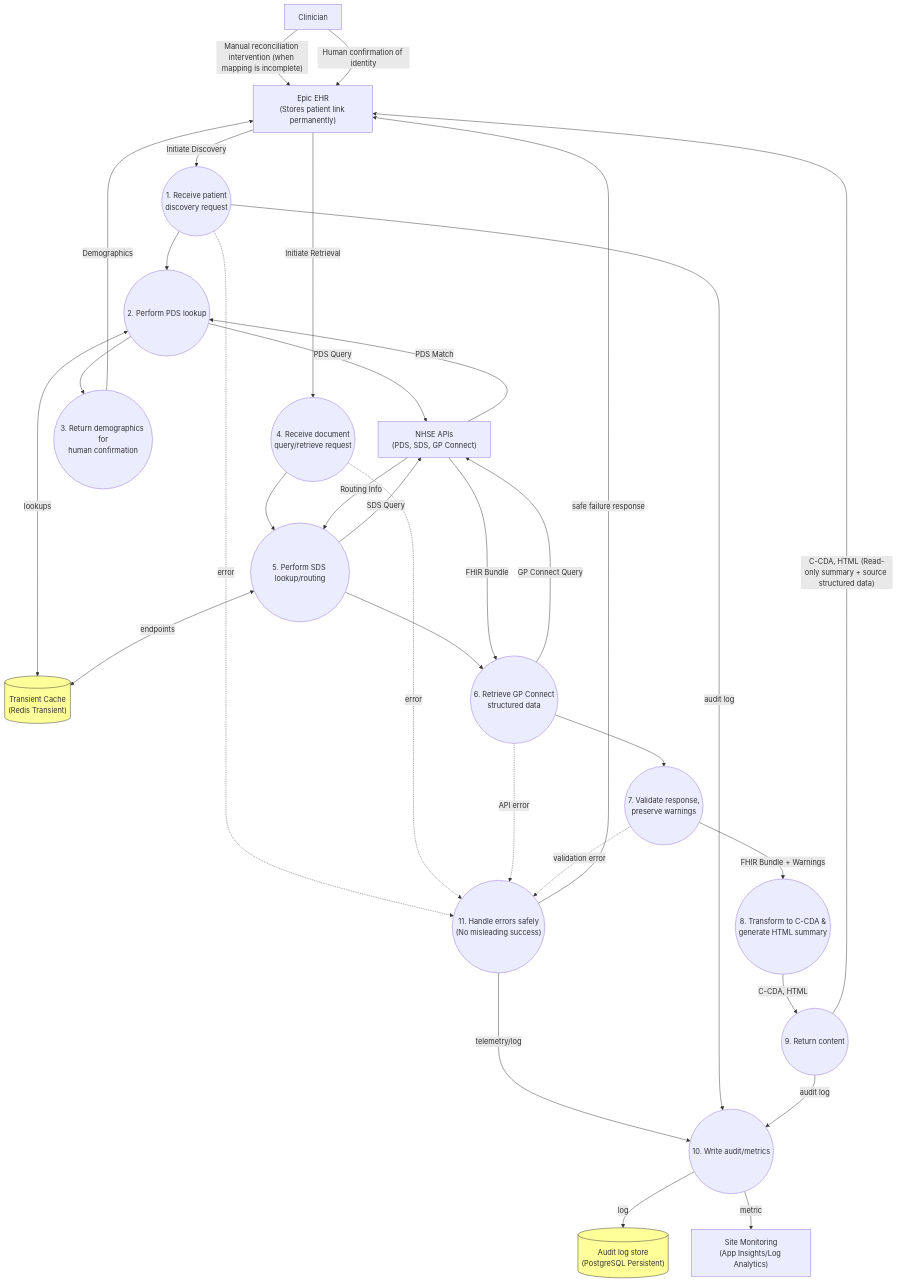
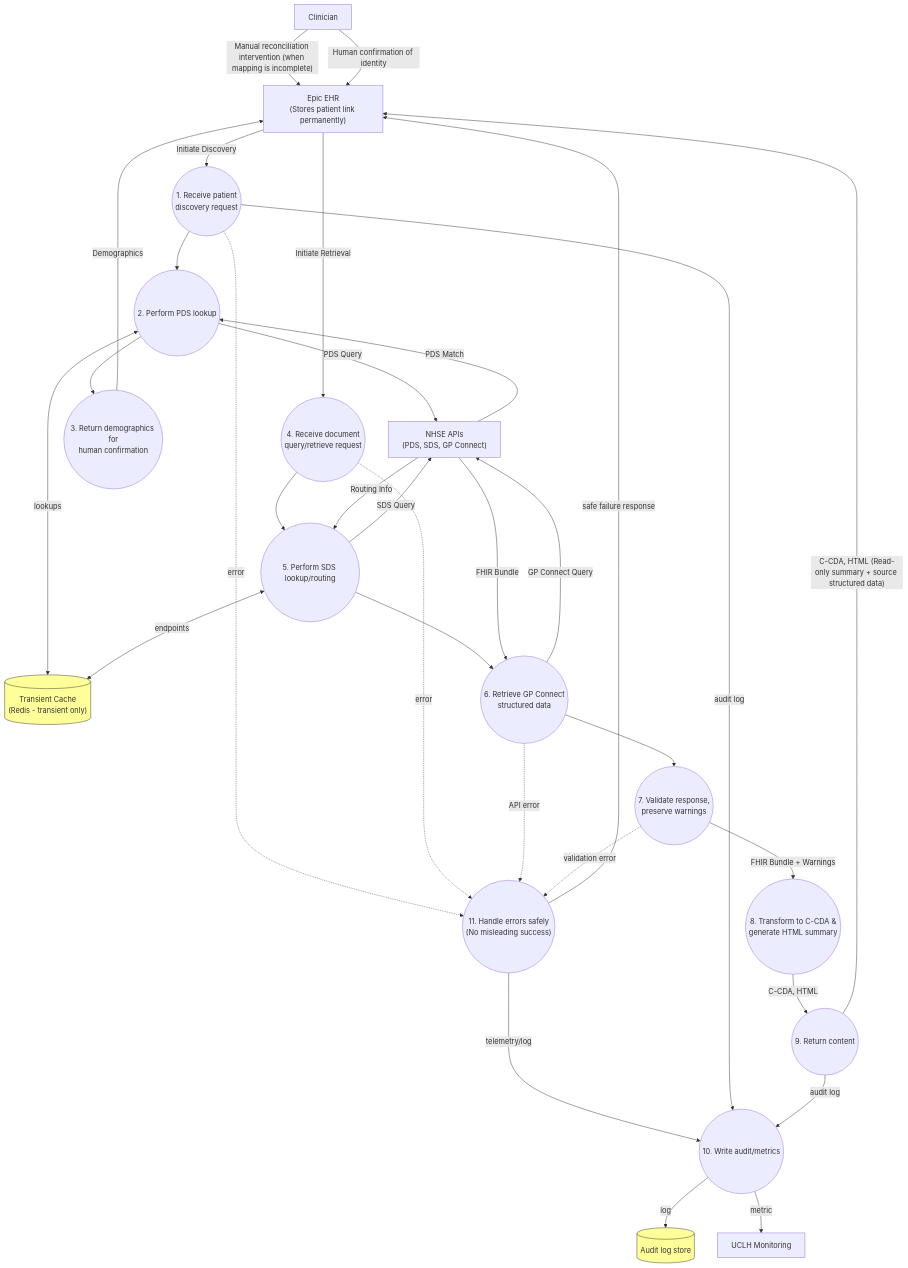
Before and after one commit to UCLH-Digital-Innovation-Hub/Xhuma: the fifth of 6 diagrams in docs/technical_architecture.md, drawn with Mermaid. The commit also changed other lines of this file and 22 other files, not shown here.

````diff
--- a/docs/technical_architecture.md
+++ b/docs/technical_architecture.md
@@ -175,69 +175,69 @@
 ```mermaid
 flowchart TD
     %% DFD Level 1 (Detailed View)
     classDef datastore fill:#ff9,stroke:#333;
     
     %% External Entities
     Clinician["Clinician"]
     Epic["Epic EHR\n(Stores patient link permanently)"]
     NHSE["NHSE APIs\n(PDS, SDS, GP Connect)"]
-    Mon["Site Monitoring\n(App Insights/Log Analytics)"]
+    Mon["UCLH Monitoring"]
 
     %% Data Stores
-    StoreAudit[("Audit log store\n(PostgreSQL Persistent)")]:::datastore
-    StoreCache[("Transient Cache\n(Redis Transient)")]:::datastore
+    StoreAudit[("Audit log store")]:::datastore
+    StoreCache[("Transient Cache\n(Redis - transient only)")]:::datastore
     
     %% Discovery Scope
     P1(("1. Receive patient\ndiscovery request"))
     P2(("2. Perform PDS lookup"))
     P3(("3. Return demographics for\nhuman confirmation"))
     
     %% Retrieve Scope
     P4(("4. Receive document\nquery/retrieve request"))
     P5(("5. Perform SDS lookup/routing"))
     P6(("6. Retrieve GP Connect\nstructured data"))
     P7(("7. Validate response,\npreserve warnings"))
     P8(("8. Transform to C-CDA &\ngenerate HTML summary"))
     P9(("9. Return content"))
     
     %% Common Scope
     P10(("10. Write audit/metrics"))
     P11(("11. Handle errors safely\n(No misleading success)"))
 
     Clinician -->|"Manual reconciliation intervention (when mapping is incomplete)"| Epic
     Clinician -->|"Human confirmation of identity"| Epic
     
     Epic -->|Initiate Discovery| P1
     P1 -->P2
     P2 -->|PDS Query| NHSE
     NHSE -->|PDS Match| P2
     P2 -->P3
     P3 -->|Demographics| Epic
     
     Epic -->|Initiate Retrieval| P4
     P4 -->P5
     P5 -->|SDS Query| NHSE
     NHSE -->|Routing Info| P5
     P5 -->P6
     P6 -->|GP Connect Query| NHSE
     NHSE -->|FHIR Bundle| P6
     P6 -->P7
     P7 -->|FHIR Bundle + Warnings| P8
     P8 -->|C-CDA, HTML| P9
     P9 -->|"C-CDA, HTML (Read-only summary + source structured data)"| Epic
     
     P1 -.->|error| P11
     P4 -.->|error| P11
     P6 -.->|API error| P11
     P7 -.->|validation error| P11
     P11 -->|safe failure response| Epic
     P11 -->|telemetry/log| P10
     
     P1 -->|audit log| P10
     P9 -->|audit log| P10
     P10 -->|log| StoreAudit
     P10 -->|metric| Mon
     
     P2 <-->|lookups| StoreCache
     P5 <-->|endpoints| StoreCache
 ```
````
